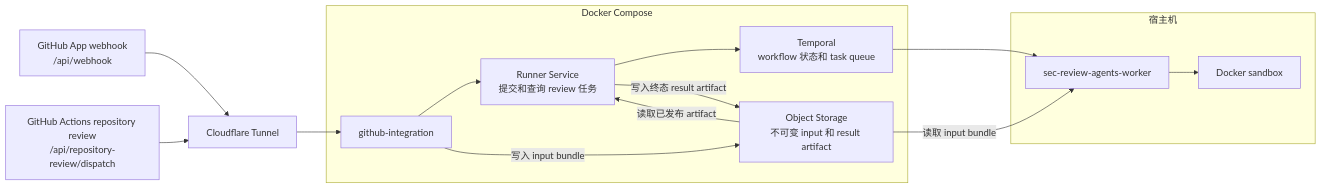
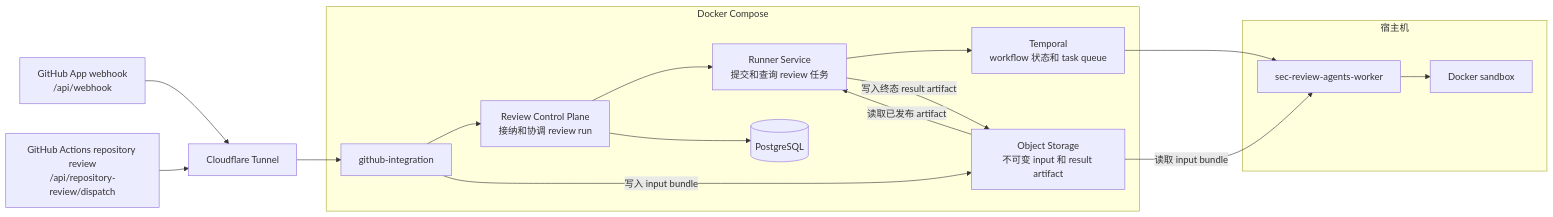
One commit to Agent-AI-Chalmers/sec-review-bot changed the diagram in docs/operations/LOCAL_INTEGRATED_DEPLOYMENT.zh.md. Above: the diagram before and after it, drawn with Mermaid. The commit also changed other lines of this file and 279 other files, not shown here.

First line of the commit message:
feat: add durable review control plane (#80)

````diff
--- a/docs/operations/LOCAL_INTEGRATED_DEPLOYMENT.zh.md
+++ b/docs/operations/LOCAL_INTEGRATED_DEPLOYMENT.zh.md
@@ -13,21 +13,23 @@
 ```mermaid
 flowchart LR
     webhook["GitHub App webhook<br/>/api/webhook"] --> tunnel["Cloudflare Tunnel"]
     dispatch["GitHub Actions repository review<br/>/api/repository-review/dispatch"] --> tunnel
 
     subgraph compose["Docker Compose"]
-        integration["github-integration"] --> runner["Runner Service<br/>提交和查询 review 任务"]
+        integration["github-integration"] --> control["Review Control Plane<br/>接纳和协调 review run"]
+        control --> runner["Runner Service<br/>提交和查询 review 任务"]
+        control --> postgres[(PostgreSQL)]
         runner --> temporal["Temporal<br/>workflow 状态和 task queue"]
         integration -->|写入 input bundle| storage["Object Storage<br/>不可变 input 和 result artifact"]
         runner -->|写入终态 result artifact| storage
     end
 
     subgraph host["宿主机"]
         worker["sec-review-agents-worker"] --> sandbox["Docker sandbox"]
     end
 
     tunnel --> integration
     temporal --> worker
     storage -->|读取 input bundle| worker
     storage -->|读取已发布 artifact| runner
 ```
````
